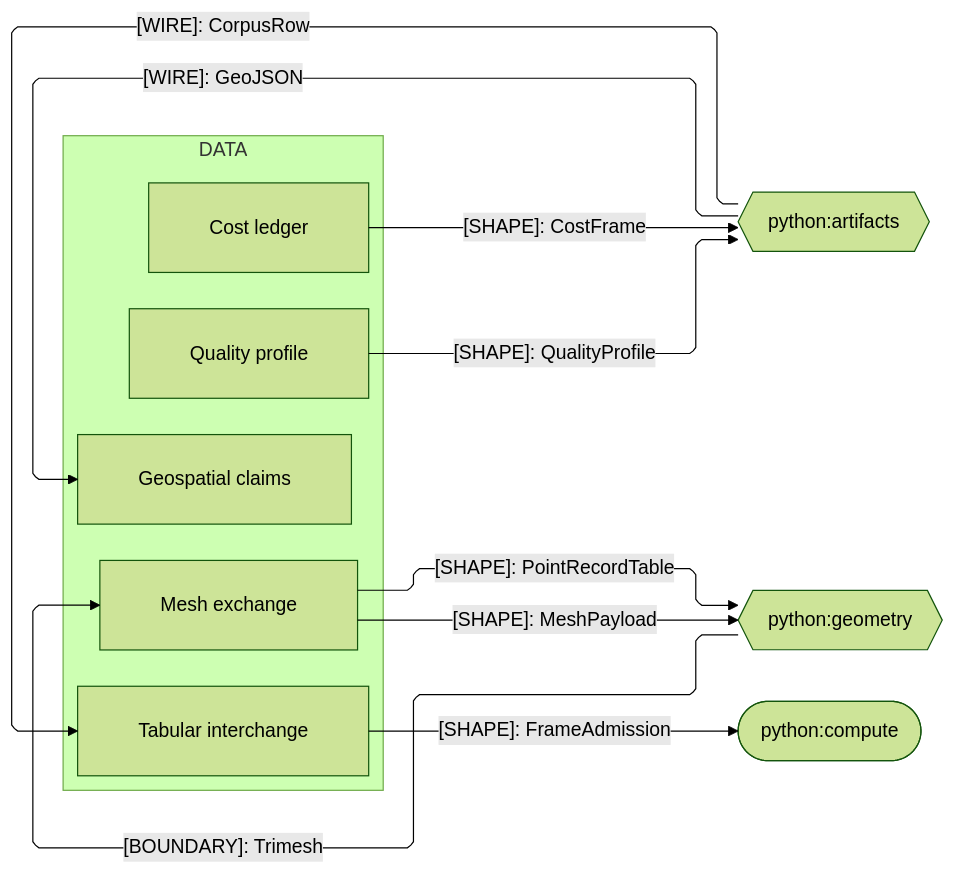
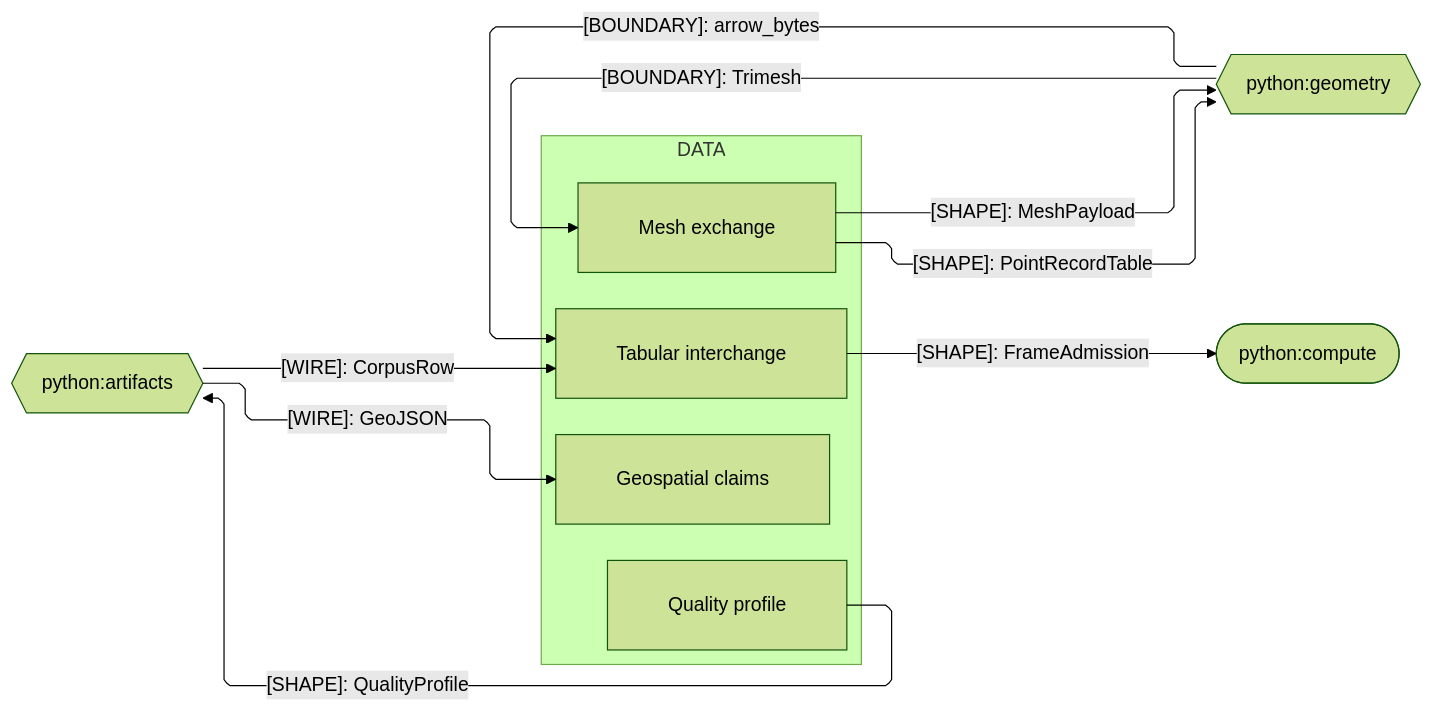
One commit to bsamiee/Rasm changed the third of 4 diagrams in libs/python/data/ARCHITECTURE.md. Above: the diagram before and after it, drawn with Mermaid (forest theme). The commit also changed other lines of this file and 486 other files, not shown here.

````diff
--- a/libs/python/data/ARCHITECTURE.md
+++ b/libs/python/data/ARCHITECTURE.md
@@ -153,30 +154,29 @@
 ```mermaid
 ---
 config:
   layout: elk
   flowchart:
     curve: linear
     padding: 25
 ---
 flowchart LR
     accTitle: Data package Python domain-peer seam registry
-    accDescr: Data sub-domain owners exchanging wires, frame shapes, and mesh boundaries with the Python artifacts, geometry, and compute siblings.
+    accDescr: Data sub-domain owners exchanging wires, frame shapes, columnar bytes, and mesh boundaries with the Python artifacts, geometry, and compute siblings.
     subgraph data[DATA]
         Tabular[Tabular interchange]
         Profile[Quality profile]
-        Cost[Cost ledger]
         Geospatial[Geospatial claims]
         Mesh[Mesh exchange]
     end
     Artifacts{{python:artifacts}}
     Geometry{{python:geometry}}
     Compute([python:compute])
     Artifacts e6@-->|"[WIRE]: CorpusRow"| Tabular
+    Geometry e25@-->|"[BOUNDARY]: arrow_bytes"| Tabular
     Profile e7@-->|"[SHAPE]: QualityProfile"| Artifacts
-    Cost e25@-->|"[SHAPE]: CostFrame"| Artifacts
     Artifacts e8@-->|"[WIRE]: GeoJSON"| Geospatial
     Mesh e9@-->|"[SHAPE]: MeshPayload"| Geometry
     Mesh e15@-->|"[SHAPE]: PointRecordTable"| Geometry
     Geometry e16@-->|"[BOUNDARY]: Trimesh"| Mesh
     Tabular e10@-->|"[SHAPE]: FrameAdmission"| Compute
 ```
````
